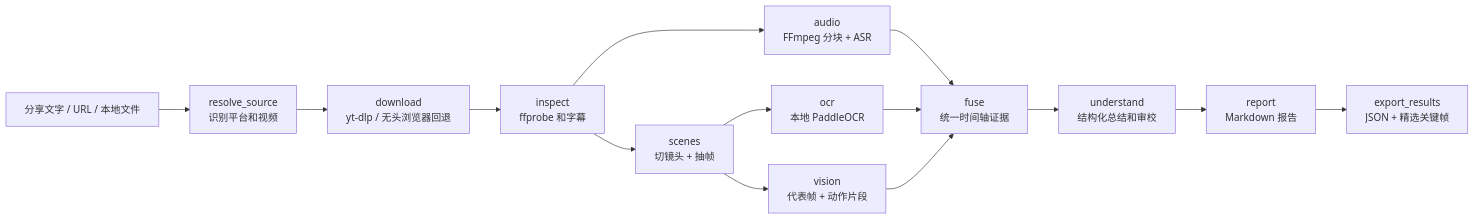
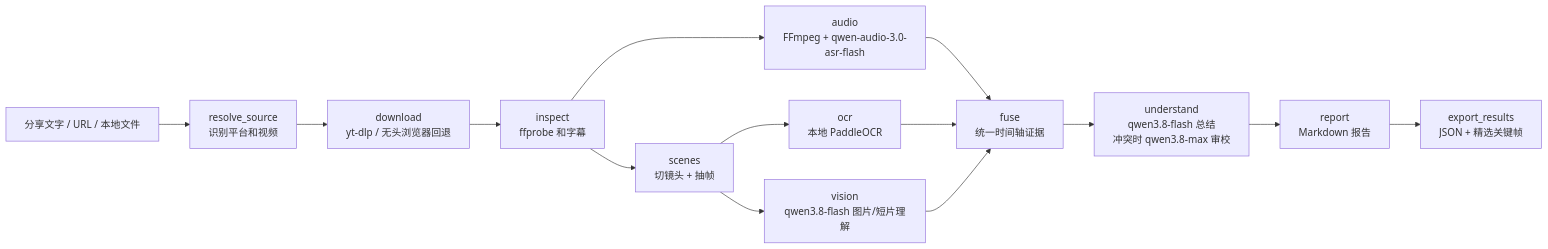
The diagram in README.md (yiqi19940531/video-download-analysis), drawn with Mermaid before and after one commit. The commit also changed other lines of this file and 4 other files, not shown here.

````diff
--- a/README.md
+++ b/README.md
@@ -24,16 +45,16 @@
 ```mermaid
 flowchart LR
     I["分享文字 / URL / 本地文件"] --> R["resolve_source<br/>识别平台和视频"]
     R --> D["download<br/>yt-dlp / 无头浏览器回退"]
     D --> P["inspect<br/>ffprobe 和字幕"]
-    P --> A["audio<br/>FFmpeg 分块 + ASR"]
+    P --> A["audio<br/>FFmpeg + qwen-audio-3.0-asr-flash"]
     P --> S["scenes<br/>切镜头 + 抽帧"]
     S --> O["ocr<br/>本地 PaddleOCR"]
-    S --> V["vision<br/>代表帧 + 动作片段"]
+    S --> V["vision<br/>qwen3.8-flash 图片/短片理解"]
     A --> F["fuse<br/>统一时间轴证据"]
     O --> F
     V --> F
-    F --> U["understand<br/>结构化总结和审校"]
+    F --> U["understand<br/>qwen3.8-flash 总结<br/>冲突时 qwen3.8-max 审校"]
     U --> Q["report<br/>Markdown 报告"]
     Q --> X["export_results<br/>JSON + 精选关键帧"]
 ```
````
